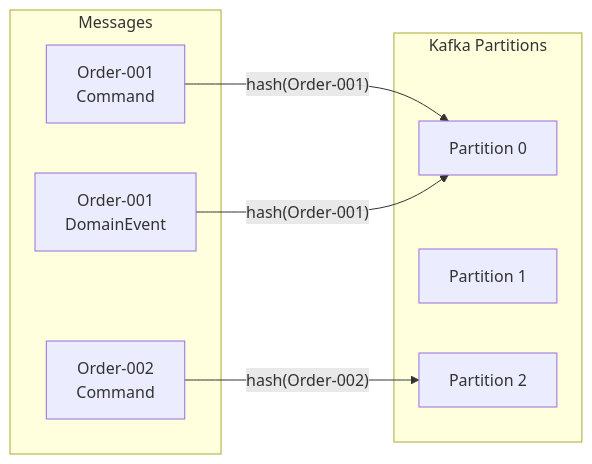
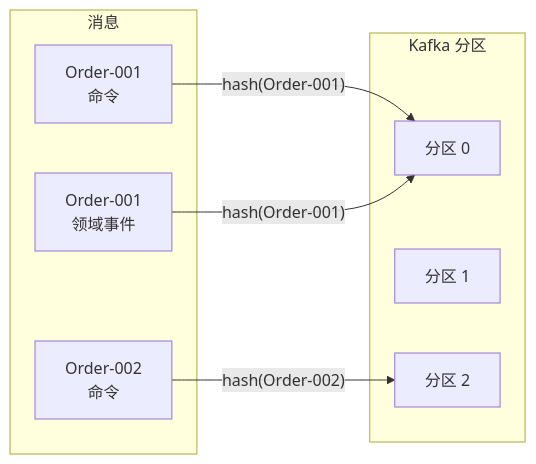
The fifth of 6 diagrams in documentation/docs/zh/guide/extensions/kafka.md (Ahoo-Wang/Wow), drawn with Mermaid before and after one commit. The commit also changed other lines of this file and 11 other files, not shown here.

````diff
--- a/documentation/docs/zh/guide/extensions/kafka.md
+++ b/documentation/docs/zh/guide/extensions/kafka.md
@@ -281,16 +281,16 @@
 ```mermaid
 flowchart LR
-    subgraph Messages["Messages"]
-        C1["Order-001<br>Command"]
-        C2["Order-002<br>Command"]
-        E1["Order-001<br>DomainEvent"]
+    subgraph Messages["消息"]
+        C1["Order-001<br>命令"]
+        C2["Order-002<br>命令"]
+        E1["Order-001<br>领域事件"]
     end
-    subgraph Partitions["Kafka Partitions"]
-        P0["Partition 0"]
-        P1["Partition 1"]
-        P2["Partition 2"]
+    subgraph Partitions["Kafka 分区"]
+        P0["分区 0"]
+        P1["分区 1"]
+        P2["分区 2"]
     end
     C1 -->|"hash(Order-001)"| P0
     C2 -->|"hash(Order-002)"| P2
     E1 -->|"hash(Order-001)"| P0
 ```
````
